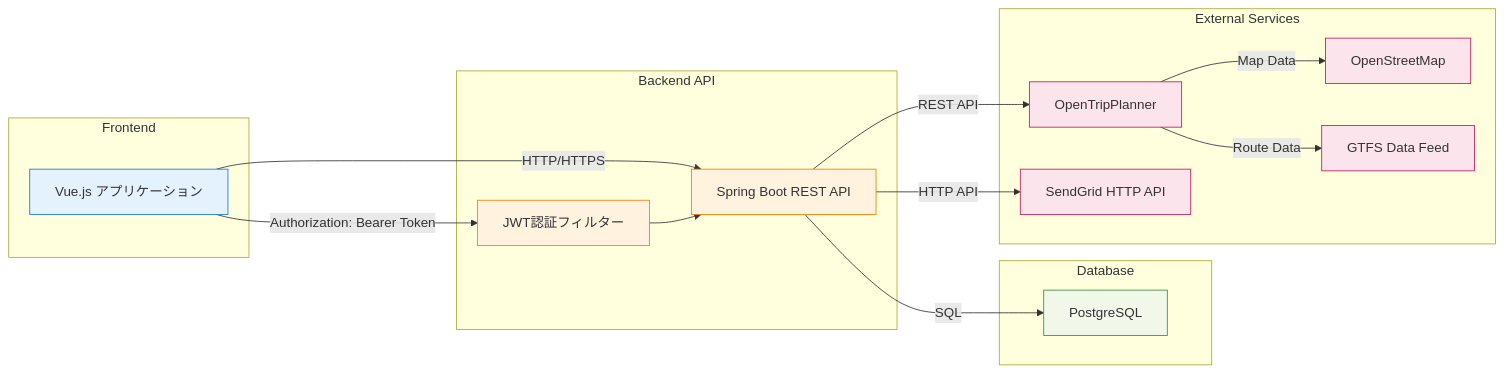
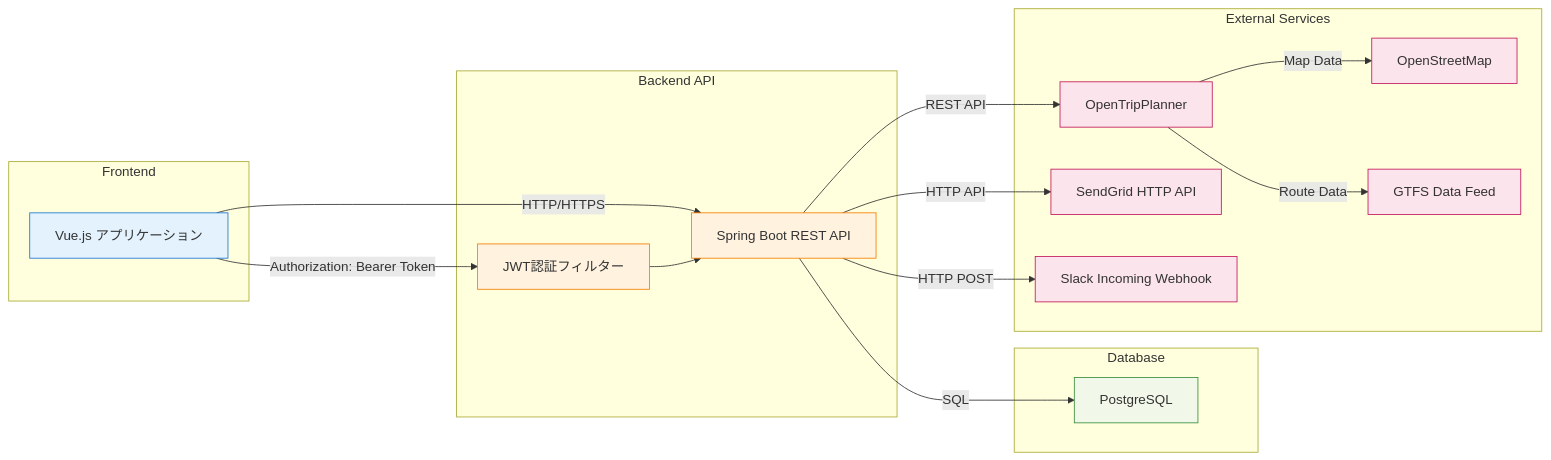
One commit to taichi0373/kumamoto-henno-map changed the first of 2 diagrams in docs/04_interfaces/api_spec.md. Above: the diagram before and after it, drawn with Mermaid. The commit also changed other lines of this file and 16 other files, not shown here.

````diff
--- a/docs/04_interfaces/api_spec.md
+++ b/docs/04_interfaces/api_spec.md
@@ -23,41 +23,43 @@
 ```mermaid
 graph LR
     subgraph "Frontend"
         FE[Vue.js アプリケーション]
     end
 
     subgraph "Backend API"
         API[Spring Boot REST API]
         AUTH[JWT認証フィルター]
     end
 
     subgraph "Database"
         DB[PostgreSQL]
     end
 
     subgraph "External Services"
         OTP[OpenTripPlanner]
         OSM[OpenStreetMap]
         GTFS[GTFS Data Feed]
         MAIL[SendGrid HTTP API]
+        SLACK[Slack Incoming Webhook]
     end
 
     FE -->|Authorization: Bearer Token| AUTH
     FE -->|HTTP/HTTPS| API
     AUTH --> API
     API -->|SQL| DB
     API -->|REST API| OTP
     API -->|HTTP API| MAIL
+    API -->|HTTP POST| SLACK
     OTP -->|Map Data| OSM
     OTP -->|Route Data| GTFS
 
     classDef frontend fill:#e3f2fd,stroke:#1976d2
     classDef backend fill:#fff3e0,stroke:#f57c00
     classDef database fill:#f1f8e9,stroke:#388e3c
     classDef external fill:#fce4ec,stroke:#c2185b
 
     class FE frontend
     class API,AUTH backend
     class DB database
-    class OTP,OSM,GTFS,MAIL external
+    class OTP,OSM,GTFS,MAIL,SLACK external
 ```
````
